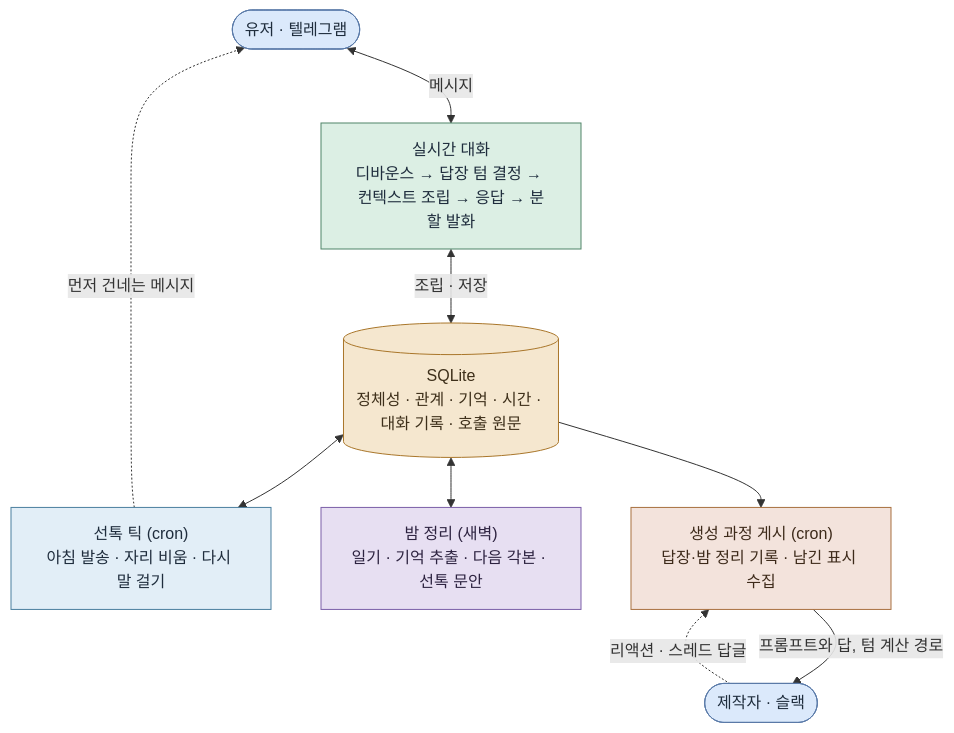
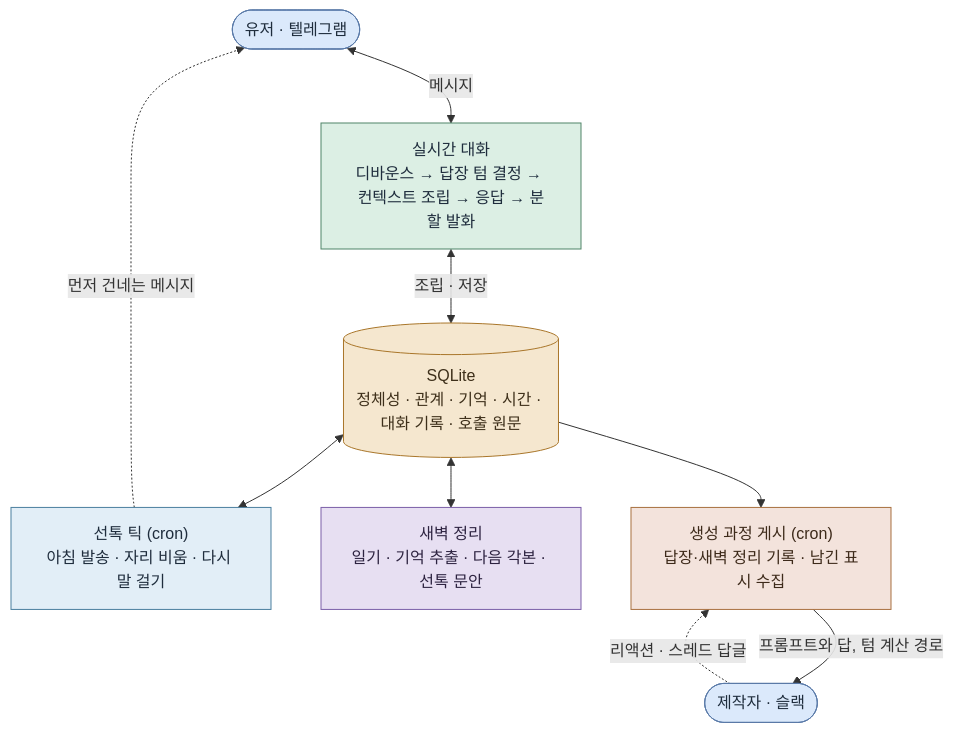
One commit to hyewon3938/random-ai-companion changed the diagram in README.md. Above: the diagram before and after it, drawn with Mermaid. The commit also changed other lines of this file, not shown here.

````diff
--- a/README.md
+++ b/README.md
@@ -189,25 +199,25 @@
 ```mermaid
 graph TB
     U(["유저 · 텔레그램"])
     BOT["실시간 대화<br/>디바운스 → 답장 텀 결정 → 컨텍스트 조립 → 응답 → 분할 발화"]
     MEM[("SQLite<br/>정체성 · 관계 · 기억 · 시간 · 대화 기록 · 호출 원문")]
     TICK["선톡 틱 (cron)<br/>아침 발송 · 자리 비움 · 다시 말 걸기"]
-    BATCH["밤 정리 (새벽)<br/>일기 · 기억 추출 · 다음 각본 · 선톡 문안"]
-    OBS["생성 과정 게시 (cron)<br/>답장·밤 정리 기록 · 남긴 표시 수집"]
+    BATCH["새벽 정리<br/>일기 · 기억 추출 · 다음 각본 · 선톡 문안"]
+    OBS["생성 과정 게시 (cron)<br/>답장·새벽 정리 기록 · 남긴 표시 수집"]
     DEV(["제작자 · 슬랙"])
     U <-->|메시지| BOT
     BOT <-->|조립 · 저장| MEM
     MEM <--> BATCH
     MEM <--> TICK
     TICK -.->|먼저 건네는 메시지| U
     MEM --> OBS
     OBS -->|프롬프트와 답, 텀 계산 경로| DEV
     DEV -.->|리액션 · 스레드 답글| OBS
     style U fill:#dbe9fb,stroke:#5a7aa8,color:#1f2d3d
     style BOT fill:#dcefe4,stroke:#4f8468,color:#1f2d3d
     style MEM fill:#f5e7cf,stroke:#a9762a,color:#3d2f1a
     style TICK fill:#e2eef7,stroke:#4a7f9e,color:#1f2d3d
     style BATCH fill:#e7dff2,stroke:#7b5ea8,color:#2d2340
     style OBS fill:#f3e3dc,stroke:#a8703f,color:#3d2a1a
     style DEV fill:#dbe9fb,stroke:#5a7aa8,color:#1f2d3d
 ```
````
